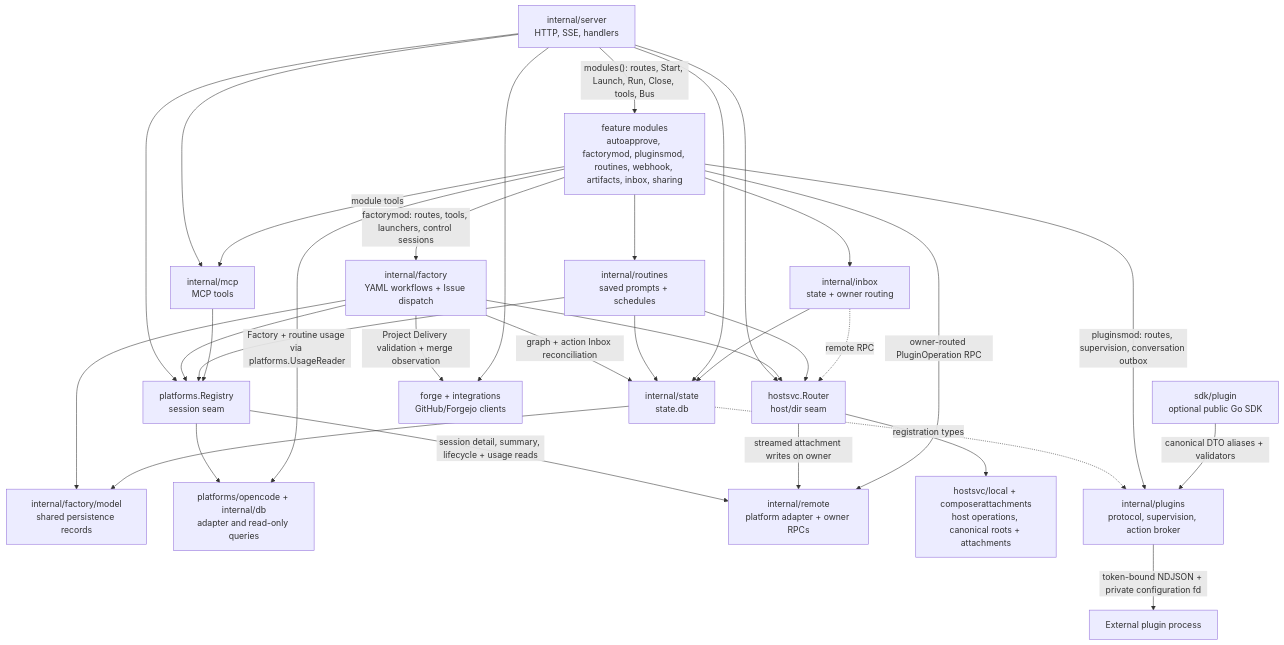
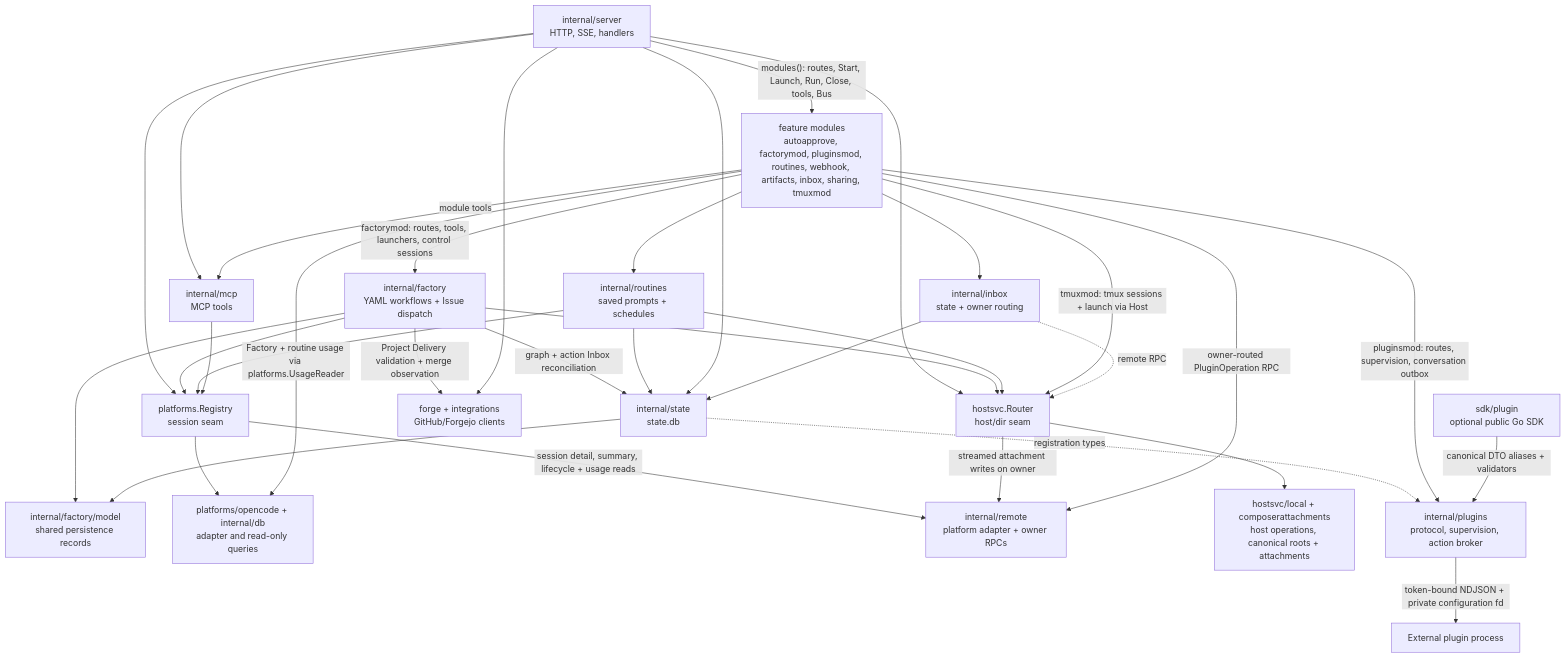
One commit to ocman/ocman changed the third of 5 diagrams in docs/other/architecture.md. Above: the diagram before and after it, drawn with Mermaid. The commit also changed other lines of this file and 1 other file, not shown here.

Commit message:
docs(tmux): describe the tmux module and its owner routing

````diff
--- a/docs/other/architecture.md
+++ b/docs/other/architecture.md
@@ -175,35 +175,36 @@
 ```mermaid
 flowchart TD
     Server[internal/server<br/>HTTP, SSE, handlers] --> Registry[platforms.Registry<br/>session seam]
     Server --> Router[hostsvc.Router<br/>host/dir seam]
-    Server -->|"modules(): routes, Start, Launch, Run, Close, tools, Bus"| Modules[feature modules<br/>autoapprove, factorymod, pluginsmod, routines, webhook, artifacts, inbox, sharing]
+    Server -->|"modules(): routes, Start, Launch, Run, Close, tools, Bus"| Modules[feature modules<br/>autoapprove, factorymod, pluginsmod, routines, webhook, artifacts, inbox, sharing, tmuxmod]
     Modules --> Routines[internal/routines<br/>saved prompts + schedules]
     Modules -->|"factorymod: routes, tools, launchers, control sessions"| Factory[internal/factory<br/>YAML workflows + Issue dispatch]
     Factory --> FactoryModel[internal/factory/model<br/>shared persistence records]
     Factory -->|graph + action Inbox reconciliation| State
     State --> FactoryModel
     Factory --> Registry
     Factory --> Router
     Factory -->|Project Delivery validation + merge observation| Forge
     Routines --> Registry
     Routines --> Router
+    Modules -->|"tmuxmod: tmux sessions + launch via Host"| Router
     Routines --> State
     Server --> MCP[internal/mcp<br/>MCP tools]
     Modules -->|module tools| MCP
     Modules --> Inbox[internal/inbox<br/>state + owner routing]
     MCP --> Registry
     Registry --> OC[platforms/opencode + internal/db<br/>adapter and read-only queries]
     Modules -->|Factory + routine usage via platforms.UsageReader| OC
     Registry -->|session detail, summary, lifecycle + usage reads| RP[internal/remote<br/>platform adapter + owner RPCs]
     Router --> Local[hostsvc/local + composerattachments<br/>host operations, canonical roots + attachments]
     Router -->|streamed attachment writes on owner| RP
     Server --> State[internal/state<br/>state.db]
     Inbox --> State
     Inbox -.->|remote RPC| Router
     Server --> Forge[forge + integrations<br/>GitHub/Forgejo clients]
     State -.->|registration types| Plugins[internal/plugins<br/>protocol, supervision, action broker]
     Modules -->|"pluginsmod: routes, supervision, conversation outbox"| Plugins
     Plugins -->|token-bound NDJSON + private configuration fd| PluginExec[External plugin process]
     Modules -->|owner-routed PluginOperation RPC| RP
     PluginSDK[sdk/plugin<br/>optional public Go SDK] -->|canonical DTO aliases + validators| Plugins
 ```
````
